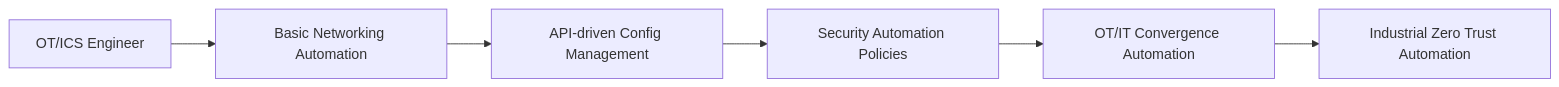
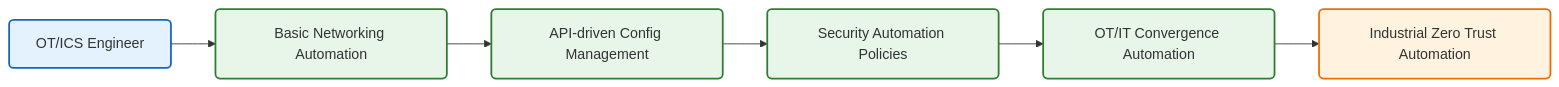
One commit to tej554/network-automation-visuals changed the diagram in diagrams/09-ot-engineer-path.md. Above: the diagram before and after it, drawn with Mermaid. The commit also changed 16 other files, not shown here.

````diff
--- a/diagrams/09-ot-engineer-path.md
+++ b/diagrams/09-ot-engineer-path.md
@@ -7,8 +7,17 @@
 ```mermaid
 flowchart LR
     A[OT/ICS Engineer] --> B[Basic Networking Automation]
     B --> C[API-driven Config Management]
     C --> D[Security Automation Policies]
     D --> E[OT/IT Convergence Automation]
     E --> F[Industrial Zero Trust Automation]
+
+    classDef default fill:#fff,stroke:#333,stroke-width:1px,rx:5,ry:5;
+    classDef start fill:#e3f2fd,stroke:#1565c0,stroke-width:2px;
+    classDef step fill:#e8f5e9,stroke:#2e7d32,stroke-width:2px;
+    classDef final fill:#fff3e0,stroke:#ef6c00,stroke-width:2px;
+
+    class A start;
+    class B,C,D,E step;
+    class F final;
 ```
````
